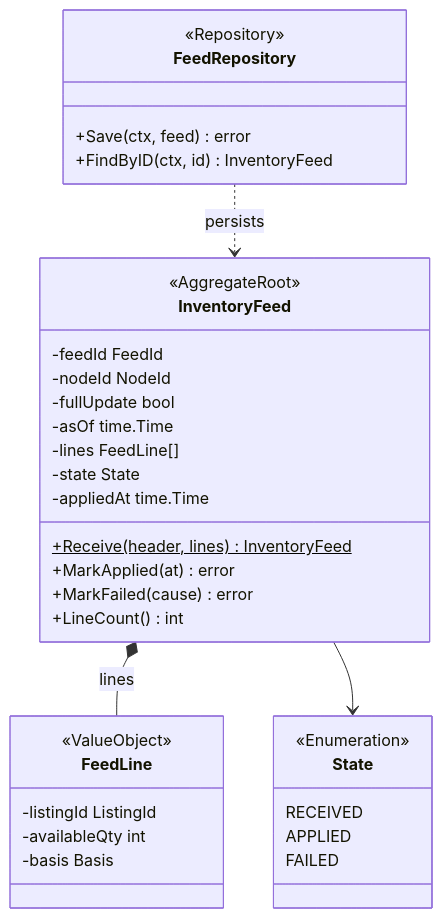
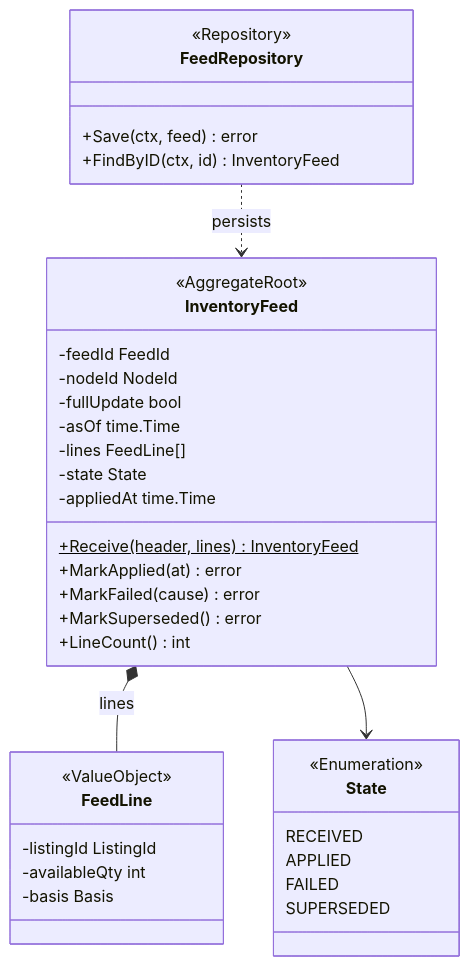
One commit to IQVO/warehouse-docs changed the third of 7 diagrams in network/docs/contexts/offer-availability/class-diagram.md. Above: the diagram before and after it, drawn with Mermaid. The commit also changed 10 other files, not shown here.

````diff
--- a/network/docs/contexts/offer-availability/class-diagram.md
+++ b/network/docs/contexts/offer-availability/class-diagram.md
@@ -132,38 +132,40 @@
 ```mermaid
 classDiagram
     direction TB
     class InventoryFeed {
         <<AggregateRoot>>
         -feedId FeedId
         -nodeId NodeId
         -fullUpdate bool
         -asOf time.Time
         -lines FeedLine[]
         -state State
         -appliedAt time.Time
         +Receive(header, lines)$ InventoryFeed
         +MarkApplied(at) error
         +MarkFailed(cause) error
+        +MarkSuperseded() error
         +LineCount() int
     }
     class FeedLine {
         <<ValueObject>>
         -listingId ListingId
         -availableQty int
         -basis Basis
     }
     class State {
         <<Enumeration>>
         RECEIVED
         APPLIED
         FAILED
+        SUPERSEDED
     }
     class FeedRepository {
         <<Repository>>
         +Save(ctx, feed) error
         +FindByID(ctx, id) InventoryFeed
     }
     InventoryFeed *-- FeedLine : lines
     InventoryFeed --> State
     FeedRepository ..> InventoryFeed : persists
 ```
````
